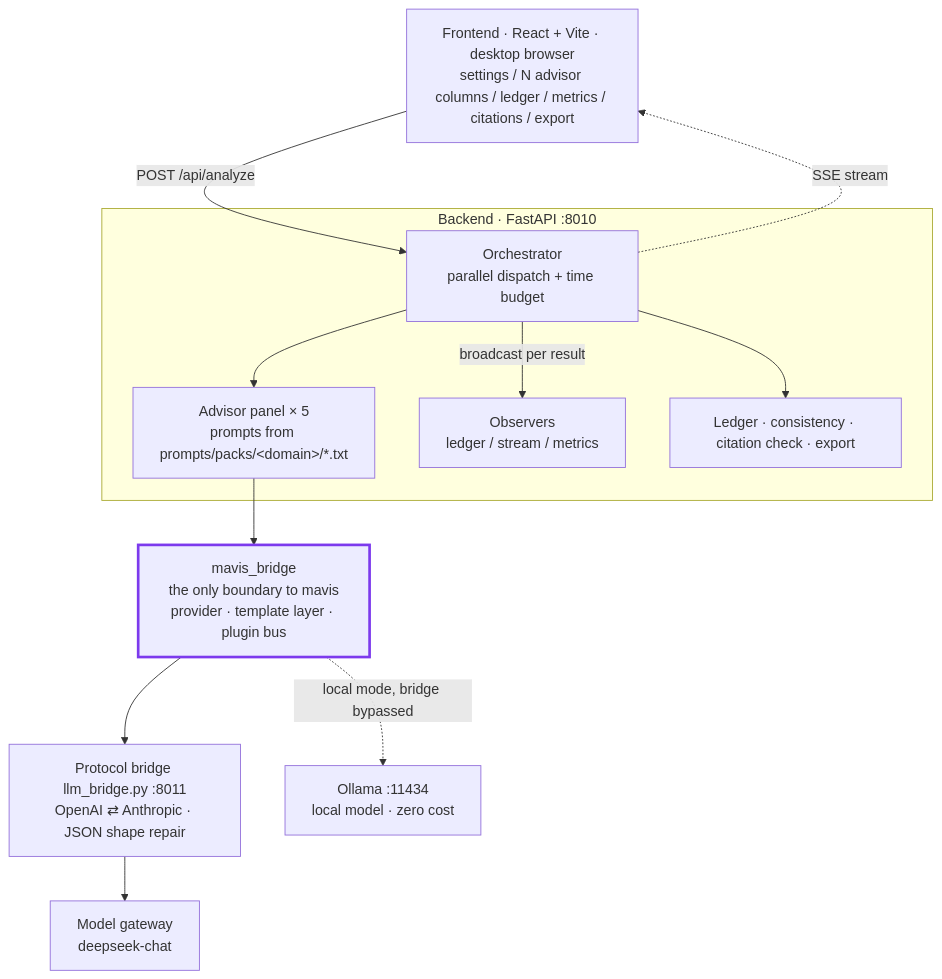
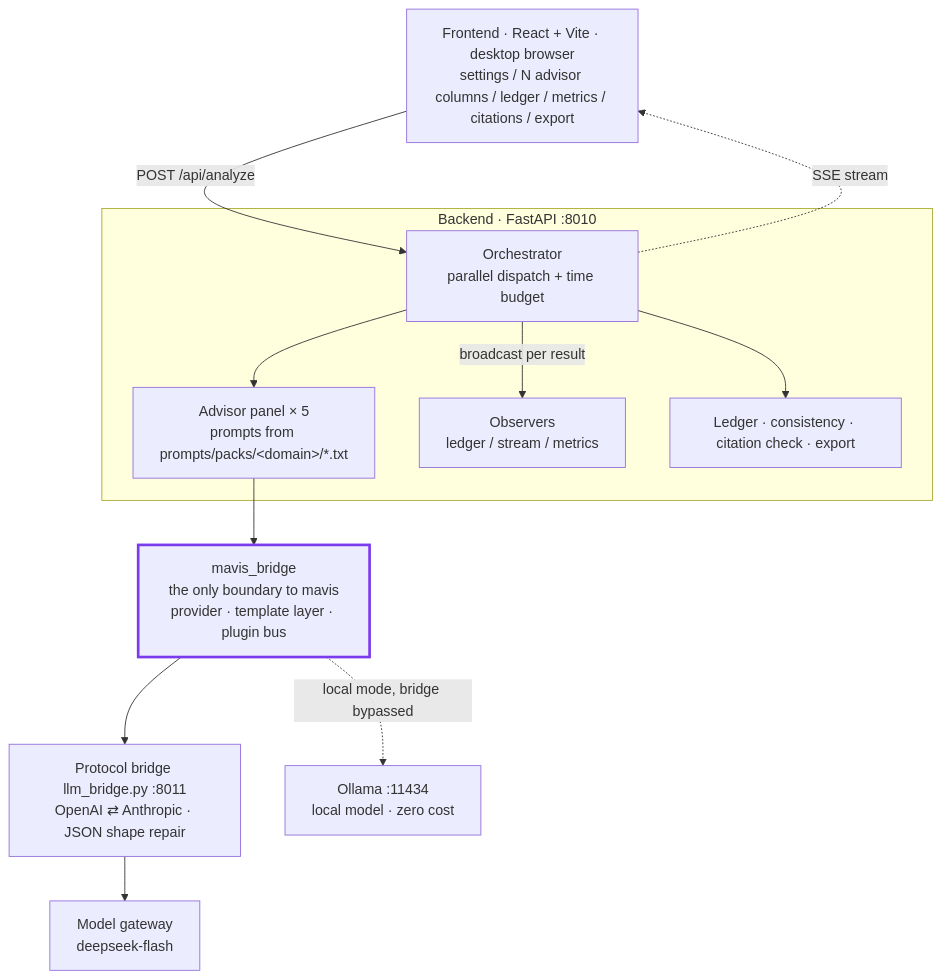
The diagram in README.en.md (hellobs/ai-debater), drawn with Mermaid before and after one commit. The commit also changed other lines of this file and 3 other files, not shown here.

Commit message:
docs: 修正默认模型与挂载式桥的口径（deepseek-flash / 8010/bridge）

````diff
--- a/README.en.md
+++ b/README.en.md
@@ -222,29 +222,29 @@
 ```mermaid
 flowchart TB
     FE["Frontend · React + Vite · desktop browser<br/>settings / N advisor columns / ledger / metrics / citations / export"]
 
     subgraph BE["Backend · FastAPI :8010"]
         OR["Orchestrator<br/>parallel dispatch + time budget"]
         ADV["Advisor panel × 5<br/>prompts from prompts/packs/&lt;domain&gt;/*.txt"]
         OBS["Observers<br/>ledger / stream / metrics"]
         AUX["Ledger · consistency · citation check · export"]
     end
 
     MB["mavis_bridge<br/>the only boundary to mavis<br/>provider · template layer · plugin bus"]
     BR["Protocol bridge llm_bridge.py :8011<br/>OpenAI ⇄ Anthropic · JSON shape repair"]
-    GW["Model gateway<br/>deepseek-chat"]
+    GW["Model gateway<br/>deepseek-flash"]
     OL["Ollama :11434<br/>local model · zero cost"]
 
     FE -- "POST /api/analyze" --> OR
     OR -. "SSE stream" .-> FE
     OR --> ADV
     OR -- "broadcast per result" --> OBS
     ADV --> MB
     MB --> BR
     BR --> GW
     MB -. "local mode, bridge bypassed" .-> OL
     OR --> AUX
 
     classDef mavis stroke:#7c3aed,stroke-width:3px
     class MB mavis
 ```
````
